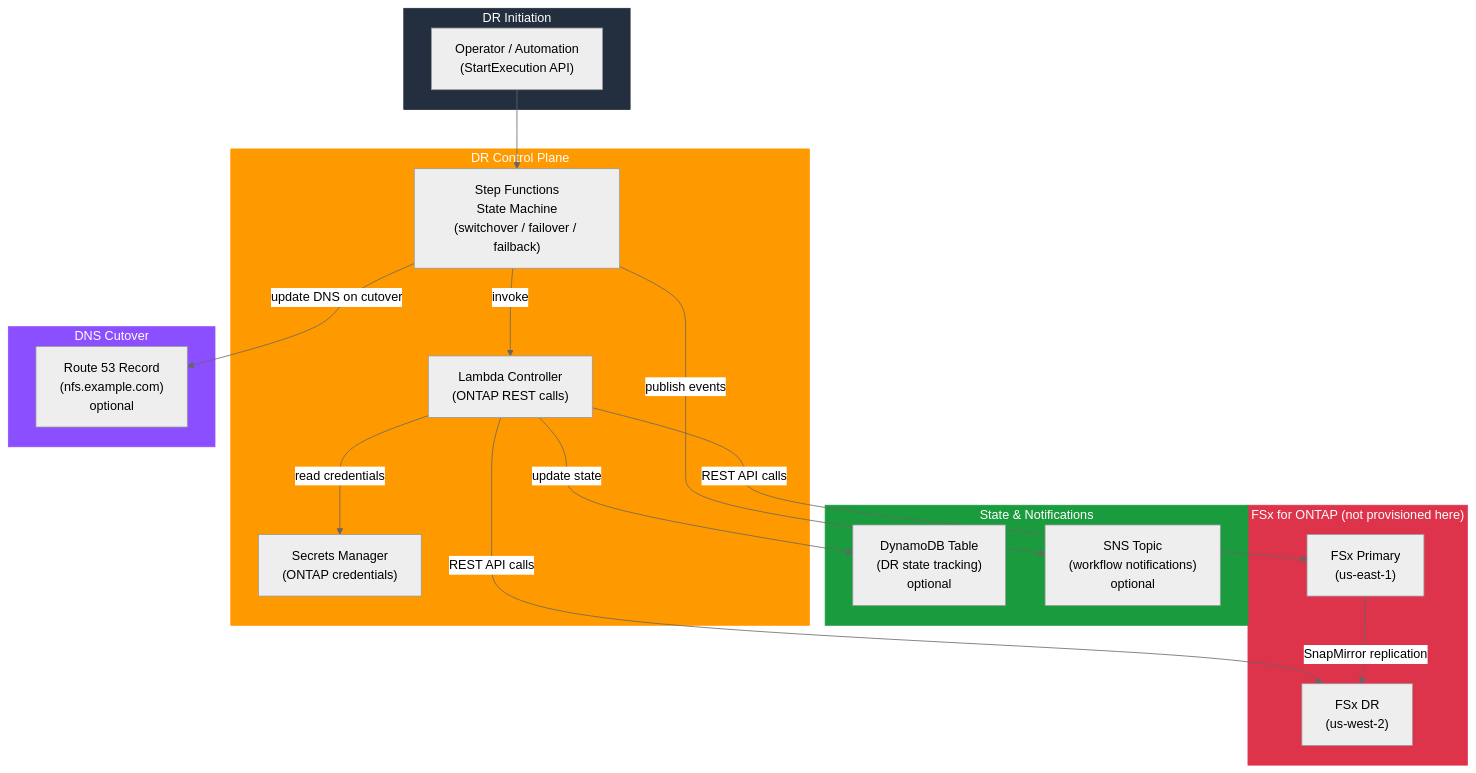
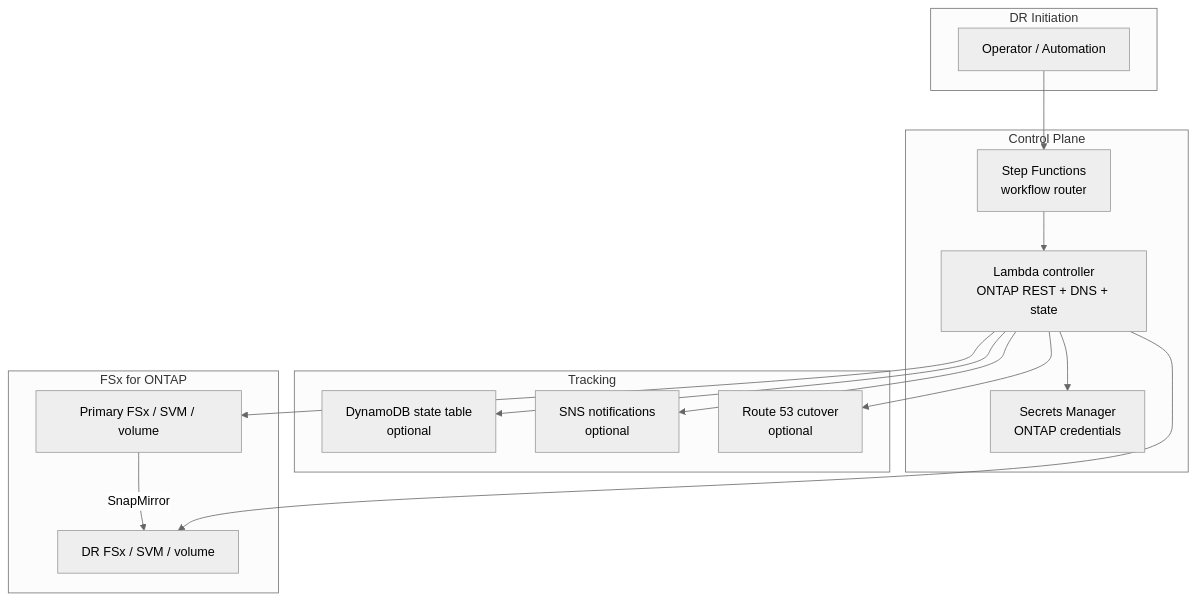
One commit to shaikis/golden_modules changed the first of 5 diagrams in tf-aws-fsx-dr-control/README.md. Above: the diagram before and after it, drawn with Mermaid (neutral theme). The commit also changed other lines of this file and 21 other files, not shown here.

````diff
--- a/tf-aws-fsx-dr-control/README.md
+++ b/tf-aws-fsx-dr-control/README.md
@@ -7,41 +22,33 @@
 ```mermaid
 graph TB
     subgraph Trigger["DR Initiation"]
-        style Trigger fill:#232F3E,color:#fff,stroke:#232F3E
-        OPS["Operator / Automation<br/>(StartExecution API)"]
+        OPS["Operator / Automation"]
     end
 
-    subgraph ControlPlane["DR Control Plane"]
-        style ControlPlane fill:#FF9900,color:#fff,stroke:#FF9900
-        SFN["Step Functions<br/>State Machine<br/>(switchover / failover / failback)"]
-        LMB["Lambda Controller<br/>(ONTAP REST calls)"]
-        SM["Secrets Manager<br/>(ONTAP credentials)"]
+    subgraph Control["Control Plane"]
+        SFN["Step Functions<br/>workflow router"]
+        LMB["Lambda controller<br/>ONTAP REST + DNS + state"]
+        SEC["Secrets Manager<br/>ONTAP credentials"]
     end
 
-    subgraph StateTracking["State & Notifications"]
-        style StateTracking fill:#1A9C3E,color:#fff,stroke:#1A9C3E
-        DDB["DynamoDB Table<br/>(DR state tracking)<br/>optional"]
-        SNS["SNS Topic<br/>(workflow notifications)<br/>optional"]
+    subgraph Tracking["Tracking"]
+        DDB["DynamoDB state table<br/>optional"]
+        SNS["SNS notifications<br/>optional"]
+        R53["Route 53 cutover<br/>optional"]
     end
 
-    subgraph DNS["DNS Cutover"]
-        style DNS fill:#8C4FFF,color:#fff,stroke:#8C4FFF
-        R53["Route 53 Record<br/>(nfs.example.com)<br/>optional"]
-    end
-
-    subgraph FSxLayer["FSx for ONTAP (not provisioned here)"]
-        style FSxLayer fill:#DD344C,color:#fff,stroke:#DD344C
-        FSXP["FSx Primary<br/>(us-east-1)"]
-        FSXDR["FSx DR<br/>(us-west-2)"]
-        FSXP -->|SnapMirror replication| FSXDR
+    subgraph Storage["FSx for ONTAP"]
+        PRI["Primary FSx / SVM / volume"]
+        DR["DR FSx / SVM / volume"]
+        PRI -->|SnapMirror| DR
     end
 
     OPS --> SFN
-    SFN -->|invoke| LMB
-    LMB -->|read credentials| SM
-    LMB -->|REST API calls| FSXP
-    LMB -->|REST API calls| FSXDR
-    LMB -->|update state| DDB
-    SFN -->|publish events| SNS
-    SFN -->|update DNS on cutover| R53
+    SFN --> LMB
+    LMB --> SEC
+    LMB --> PRI
+    LMB --> DR
+    LMB --> DDB
+    LMB --> SNS
+    LMB --> R53
 ```
````
